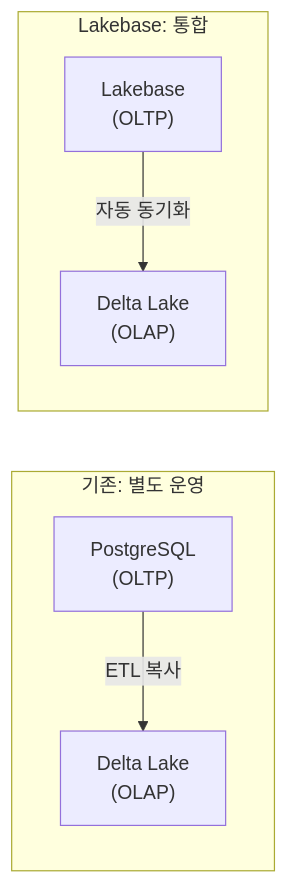
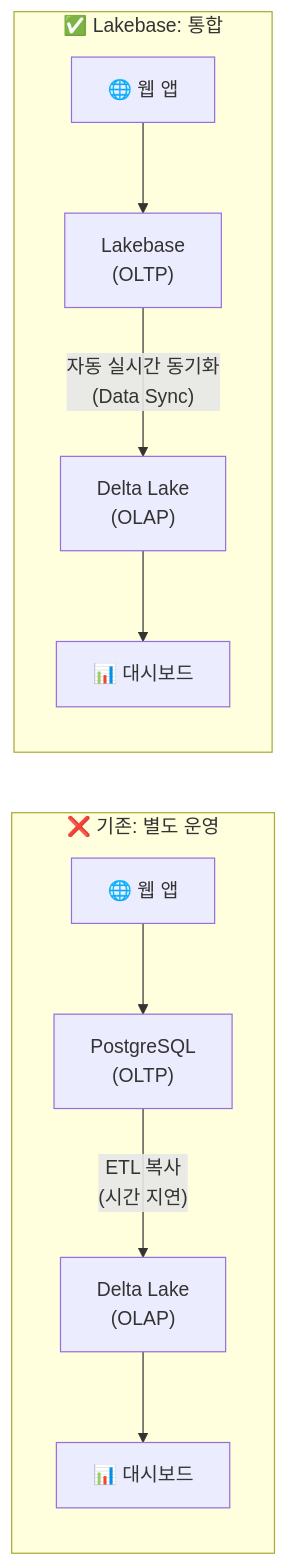
Before and after one commit to SimyungYang/simyung-dbx-training: the first of 2 diagrams in 11-lakebase/what-is-lakebase.md, drawn with Mermaid. The commit also changed other lines of this file and 5 other files, not shown here.

````diff
--- a/11-lakebase/what-is-lakebase.md
+++ b/11-lakebase/what-is-lakebase.md
@@ -15,10 +17,14 @@
 ```mermaid
 graph LR
-    subgraph Before["기존: 별도 운영"]
-        PG["PostgreSQL<br/>(OLTP)"] -->|"ETL 복사"| DL["Delta Lake<br/>(OLAP)"]
+    subgraph Before["❌ 기존: 별도 운영"]
+        APP1["🌐 웹 앱"] --> PG["PostgreSQL<br/>(OLTP)"]
+        PG -->|"ETL 복사<br/>(시간 지연)"| DL["Delta Lake<br/>(OLAP)"]
+        DL --> BI["📊 대시보드"]
     end
 
-    subgraph After["Lakebase: 통합"]
-        LB["Lakebase<br/>(OLTP)"] -->|"자동 동기화"| DL2["Delta Lake<br/>(OLAP)"]
+    subgraph After["✅ Lakebase: 통합"]
+        APP2["🌐 웹 앱"] --> LB["Lakebase<br/>(OLTP)"]
+        LB -->|"자동 실시간 동기화<br/>(Data Sync)"| DL2["Delta Lake<br/>(OLAP)"]
+        DL2 --> BI2["📊 대시보드"]
     end
 ```
````
